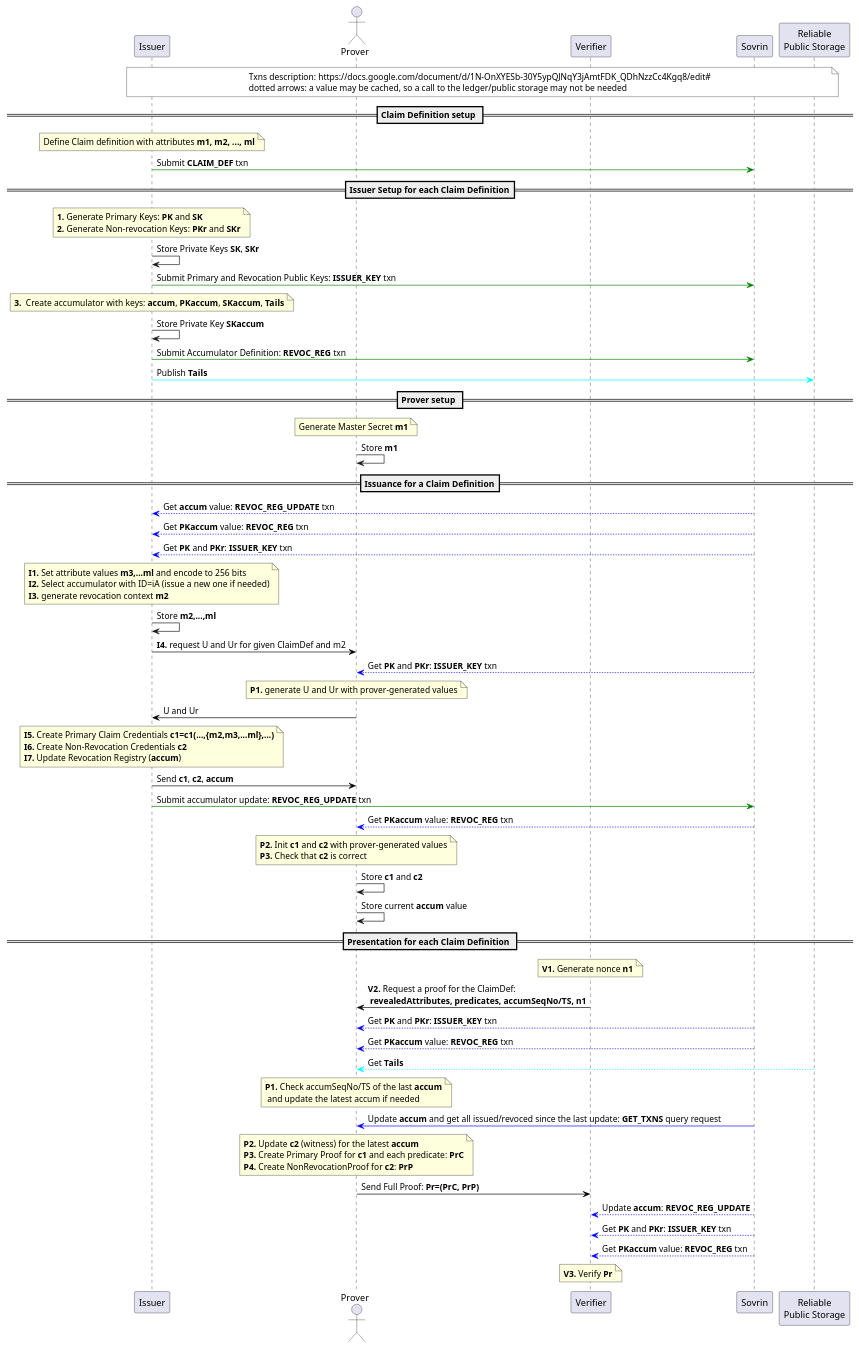
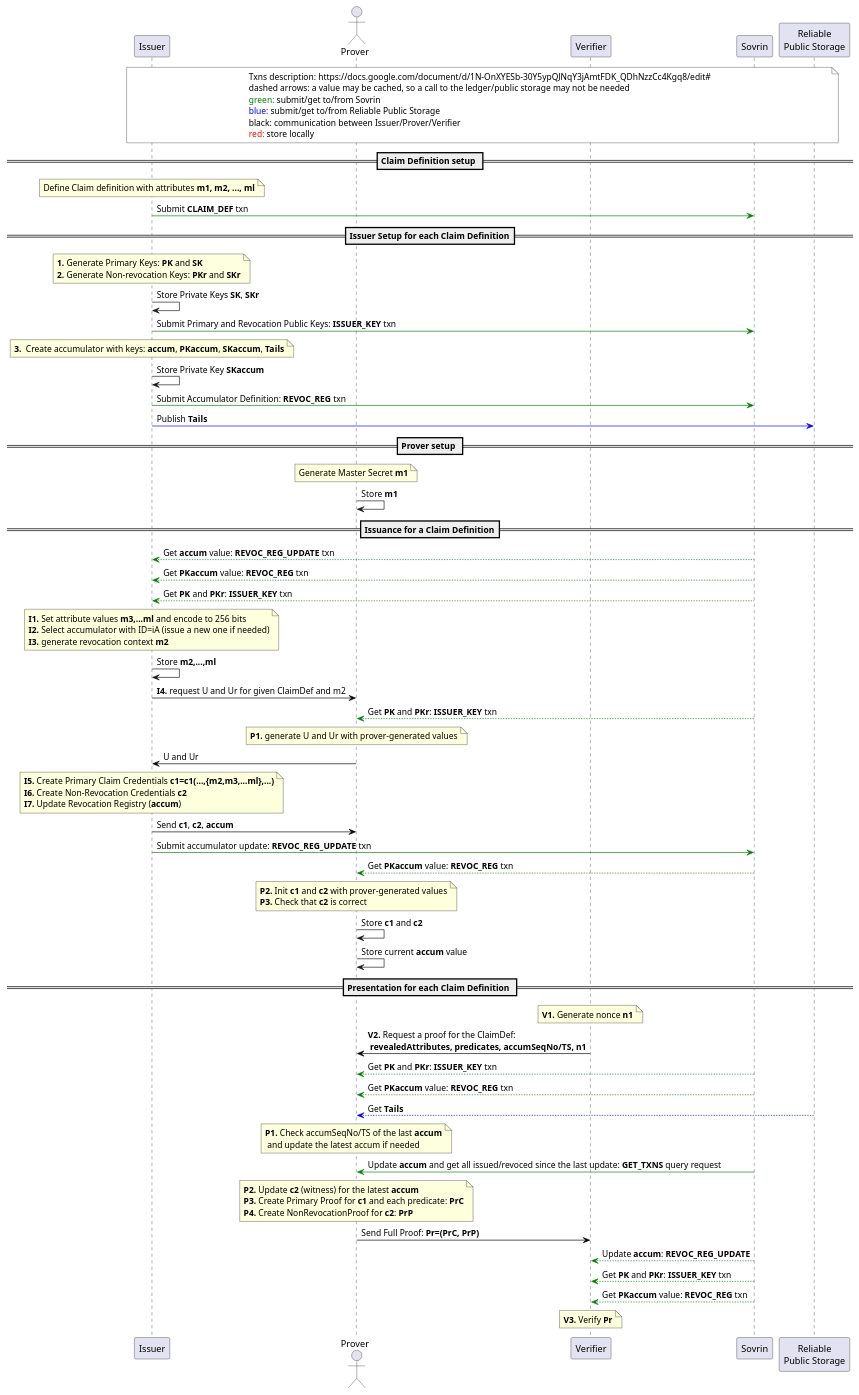
One commit to hyperledger-archives/indy-anoncreds changed the diagram in docs/diagrams/anoncred_seq_revoc.puml. Above: the diagram before and after it, drawn with PlantUML.

Commit message:
update the diagram for revocation and communication with Sovrin

```diff
--- a/docs/diagrams/anoncred_seq_revoc.puml
+++ b/docs/diagrams/anoncred_seq_revoc.puml
@@ -1,122 +1,126 @@
 @startuml
 participant "Issuer" as I
 actor Prover as P
 participant "Verifier" as V
 participant "Sovrin" as S
 participant "Reliable\nPublic Storage" as D
 
 note over I, D #white
     Txns description: https://docs.google.com/document/d/1N-OnXYESb-30Y5ypQJNqY3jAmtFDK_QDhNzzCc4Kgq8/edit#
-    dotted arrows: a value may be cached, so a call to the ledger/public storage may not be needed
+    dashed arrows: a value may be cached, so a call to the ledger/public storage may not be needed
+    <font color=green>green:</font> submit/get to/from Sovrin
+    <font color=blue>blue:</font> submit/get to/from Reliable Public Storage
+    black: communication between Issuer/Prover/Verifier
+    <font color=red>red:</font> store locally
 endnote
 
 == Claim Definition setup ==
 
 note over I: Define Claim definition with attributes **m1, m2, ..., ml**
 
 I -[#green]> S: Submit **CLAIM_DEF** txn
 
 == Issuer Setup for each Claim Definition==
 
 note over I: **1.** Generate Primary Keys: **PK** and **SK**\n**2.** Generate Non-revocation Keys: **PKr** and **SKr**
 
 I -> I: Store Private Keys **SK**, **SKr**
 
 I -[#green]> S: Submit Primary and Revocation Public Keys: **ISSUER_KEY** txn
 
 
 note over I:**3.**  Create accumulator with keys: **accum**, **PKaccum**, **SKaccum**, **Tails**
 
 I -> I: Store Private Key **SKaccum**
 
 I -[#green]> S: Submit Accumulator Definition: **REVOC_REG** txn
 
-I -[#cyan]> D: Publish **Tails**
+I -[#blue]> D: Publish **Tails**
 
 
 == Prover setup ==
 
 note over P: Generate Master Secret **m1**
 
 P -> P: Store **m1**
 
 == Issuance for a Claim Definition==
 
-S -[#blue]-> I: Get **accum** value: **REVOC_REG_UPDATE** txn
+S -[#green]-> I: Get **accum** value: **REVOC_REG_UPDATE** txn
 
-S -[#blue]-> I: Get **PKaccum** value: **REVOC_REG** txn
+S -[#green]-> I: Get **PKaccum** value: **REVOC_REG** txn
 
-S -[#blue]-> I: Get **PK** and **PKr**: **ISSUER_KEY** txn
+S -[#green]-> I: Get **PK** and **PKr**: **ISSUER_KEY** txn
 
 note over I
     **I1.** Set attribute values **m3,...ml** and encode to 256 bits
     **I2.** Select accumulator with ID=iA (issue a new one if needed)
     **I3.** generate revocation context **m2**
 end note
 
 I -> I: Store **m2,...,ml**
 
 I -[#black]> P: **I4.** request U and Ur for given ClaimDef and m2
 
-S -[#blue]-> P: Get **PK** and **PKr**: **ISSUER_KEY** txn
+S -[#green]-> P: Get **PK** and **PKr**: **ISSUER_KEY** txn
 
 note over P: **P1.** generate U and Ur with prover-generated values
 
 P -[#black]> I: U and Ur
 
 note over I
     **I5.** Create Primary Claim Credentials **c1=c1(...,{m2,m3,...ml},...)**
     **I6.** Create Non-Revocation Credentials **c2**
     **I7.** Update Revocation Registry (**accum**)
 end note
 
 I -[#black]> P: Send **c1**, **c2**, **accum**
 
 I -[#green]> S: Submit accumulator update: **REVOC_REG_UPDATE** txn
 
-S -[#blue]-> P: Get **PKaccum** value: **REVOC_REG** txn
+S -[#green]-> P: Get **PKaccum** value: **REVOC_REG** txn
 
 note over P
     **P2.** Init **c1** and **c2** with prover-generated values
     **P3.** Check that **c2** is correct
 endnote
 
 P -> P: Store **c1** and **c2**
 
 P -> P: Store current **accum** value
 
 == Presentation for each Claim Definition ==
 
 note over V: **V1.** Generate nonce **n1**
 
 V -[#black]> P: **V2.** Request a proof for the ClaimDef:\n **revealedAttributes, predicates, accumSeqNo/TS, n1**
 
-S -[#blue]-> P: Get **PK** and **PKr**: **ISSUER_KEY** txn
+S -[#green]-> P: Get **PK** and **PKr**: **ISSUER_KEY** txn
 
-S -[#blue]-> P: Get **PKaccum** value: **REVOC_REG** txn
+S -[#green]-> P: Get **PKaccum** value: **REVOC_REG** txn
 
-D -[#cyan]-> P: Get **Tails**
+D -[#blue]-> P: Get **Tails**
 
 note over P: **P1.** Check accumSeqNo/TS of the last **accum**\n and update the latest accum if needed
 
-S -[#blue]> P: Update **accum** and get all issued/revoced since the last update: **GET_TXNS** query request
+S -[#green]> P: Update **accum** and get all issued/revoced since the last update: **GET_TXNS** query request
 
 note over P
     **P2.** Update **c2** (witness) for the latest **accum**
     **P3.** Create Primary Proof for **c1** and each predicate: **PrC**
     **P4.** Create NonRevocationProof for **c2**: **PrP**
 end note
 
 P -[#black]> V: Send Full Proof: **Pr=(PrC, PrP)**
 
-S -[#blue]-> V: Update **accum**: **REVOC_REG_UPDATE**
+S -[#green]-> V: Update **accum**: **REVOC_REG_UPDATE**
 
-S -[#blue]-> V: Get **PK** and **PKr**: **ISSUER_KEY** txn
+S -[#green]-> V: Get **PK** and **PKr**: **ISSUER_KEY** txn
 
-S -[#blue]-> V: Get **PKaccum** value: **REVOC_REG** txn
+S -[#green]-> V: Get **PKaccum** value: **REVOC_REG** txn
 
 note over V: **V3.** Verify **Pr**
 
 
 
 @enduml
```
